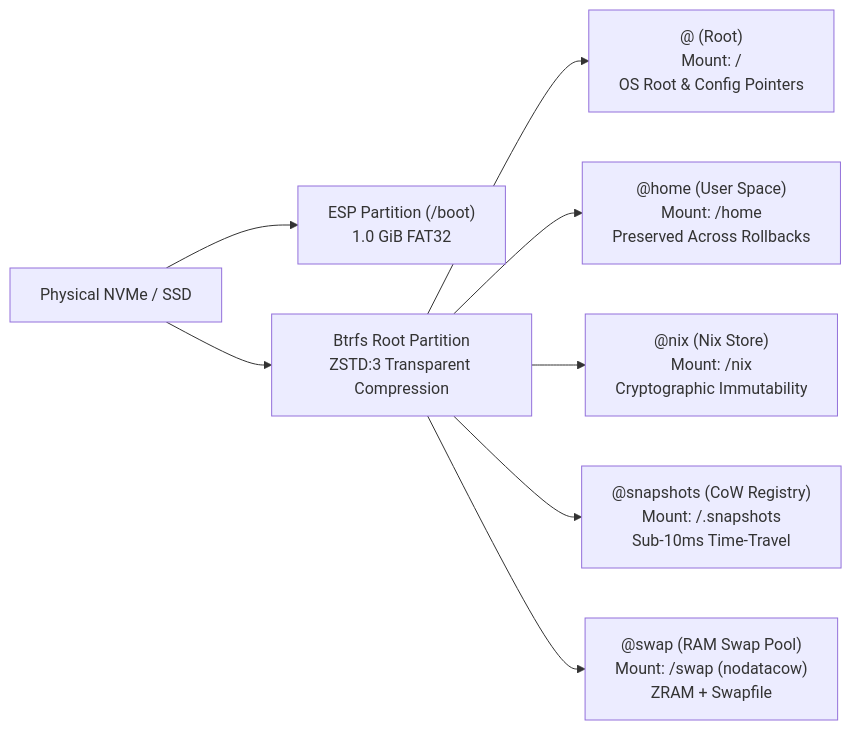
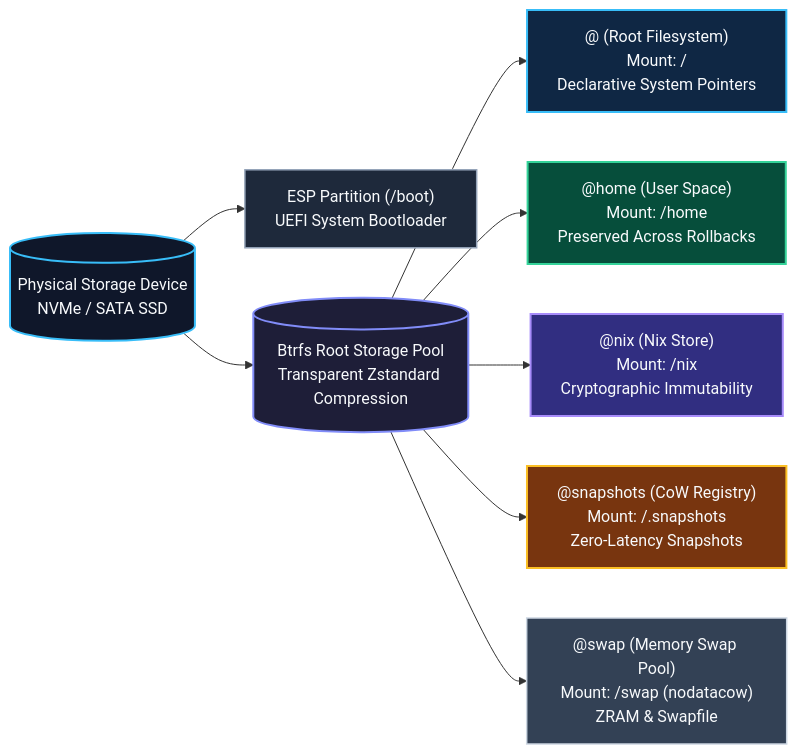
Before and after one commit to adamriofc/NeuronixOS: the second of 5 diagrams in README.md, drawn with Mermaid. The commit also changed other lines of this file, not shown here.

First line of the commit message:
style(readme): enhance Mermaid aesthetics, color classes, shapes, and remove brittle counts

````diff
--- a/README.md
+++ b/README.md
@@ -289,11 +294,20 @@
 ```mermaid
 flowchart LR
-    DISK["Physical NVMe / SSD"] --> ESP["ESP Partition (/boot)<br>1.0 GiB FAT32"]
-    DISK --> BTRFS["Btrfs Root Partition<br>ZSTD:3 Transparent Compression"]
+    DISK[("Physical Storage Device<br>NVMe / SATA SSD")]:::disk --> ESP["ESP Partition (/boot)<br>UEFI System Bootloader"]:::boot
+    DISK --> BTRFS[("Btrfs Root Storage Pool<br>Transparent Zstandard Compression")]:::pool
     
-    BTRFS --> SUB_ROOT["@ (Root)<br>Mount: /<br>OS Root & Config Pointers"]
-    BTRFS --> SUB_HOME["@home (User Space)<br>Mount: /home<br>Preserved Across Rollbacks"]
-    BTRFS --> SUB_NIX["@nix (Nix Store)<br>Mount: /nix<br>Cryptographic Immutability"]
-    BTRFS --> SUB_SNAP["@snapshots (CoW Registry)<br>Mount: /.snapshots<br>Sub-10ms Time-Travel"]
-    BTRFS --> SUB_SWAP["@swap (RAM Swap Pool)<br>Mount: /swap (nodatacow)<br>ZRAM + Swapfile"]
+    BTRFS --> SUB_ROOT["@ (Root Filesystem)<br>Mount: /<br>Declarative System Pointers"]:::rootSub
+    BTRFS --> SUB_HOME["@home (User Space)<br>Mount: /home<br>Preserved Across Rollbacks"]:::homeSub
+    BTRFS --> SUB_NIX["@nix (Nix Store)<br>Mount: /nix<br>Cryptographic Immutability"]:::nixSub
+    BTRFS --> SUB_SNAP["@snapshots (CoW Registry)<br>Mount: /.snapshots<br>Zero-Latency Snapshots"]:::snapSub
+    BTRFS --> SUB_SWAP["@swap (Memory Swap Pool)<br>Mount: /swap (nodatacow)<br>ZRAM & Swapfile"]:::swapSub
+
+    classDef disk fill:#0f172a,stroke:#38bdf8,stroke-width:2px,color:#f8fafc;
+    classDef boot fill:#1e293b,stroke:#94a3b8,stroke-width:1.5px,color:#f8fafc;
+    classDef pool fill:#1e1e38,stroke:#818cf8,stroke-width:2px,color:#f8fafc;
+    classDef rootSub fill:#0f2744,stroke:#38bdf8,stroke-width:2px,color:#f8fafc;
+    classDef homeSub fill:#064e3b,stroke:#34d399,stroke-width:2px,color:#f8fafc;
+    classDef nixSub fill:#312e81,stroke:#a78bfa,stroke-width:2px,color:#f8fafc;
+    classDef snapSub fill:#78350f,stroke:#fbbf24,stroke-width:2px,color:#f8fafc;
+    classDef swapSub fill:#334155,stroke:#cbd5e1,stroke-width:1.5px,color:#f8fafc;
 ```
````
